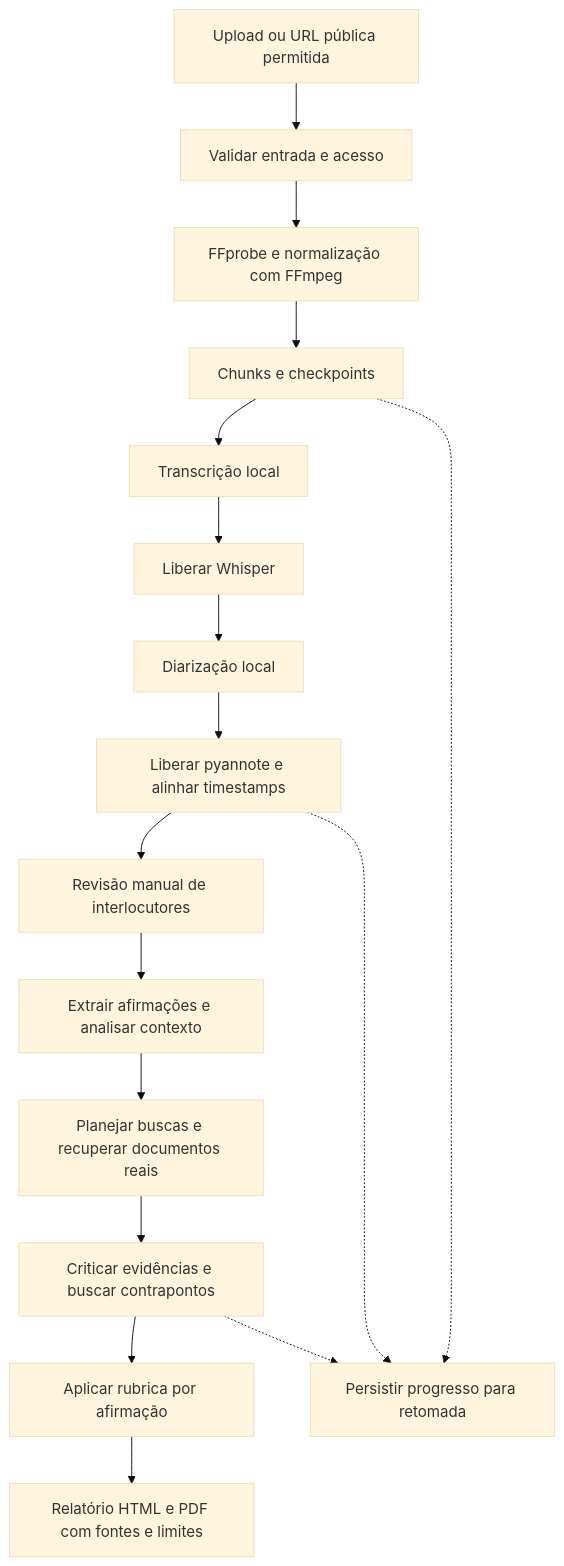
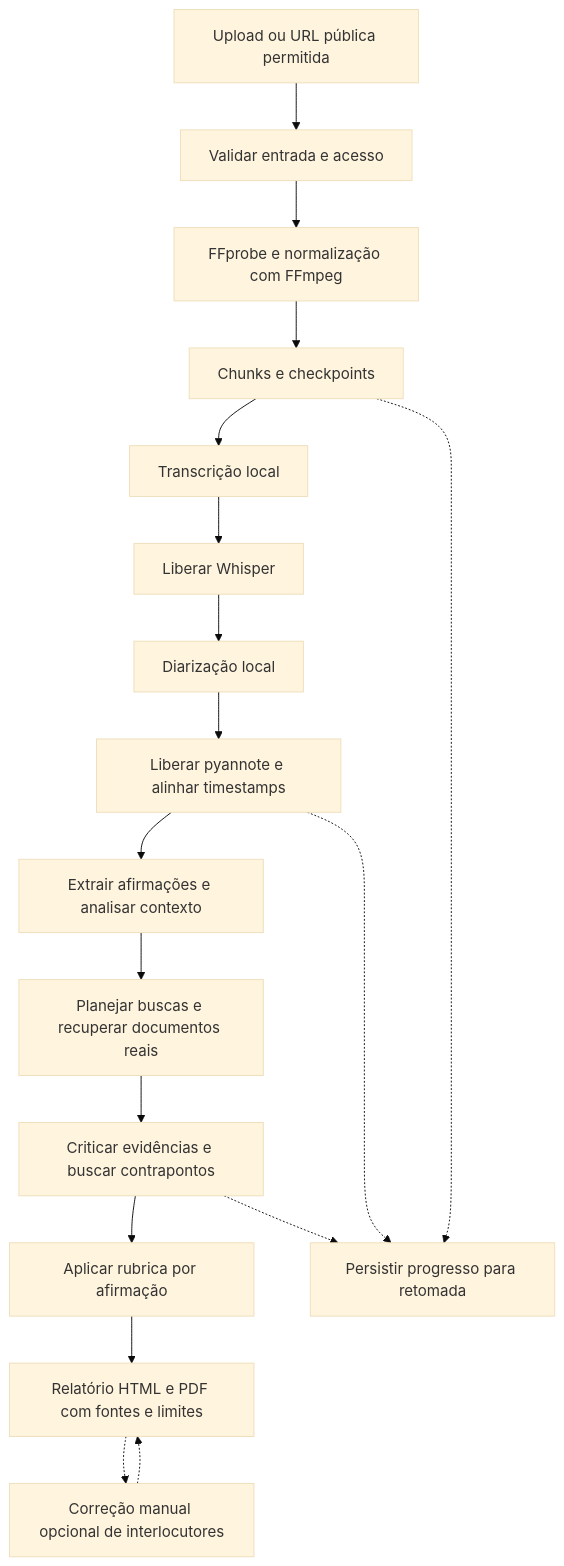
One commit to FabricioHiury/verifact-ai changed the first of 4 diagrams in README.md. Above: the diagram before and after it, drawn with Mermaid (base theme). The commit also changed other lines of this file and 98 other files, not shown here.

````diff
--- a/README.md
+++ b/README.md
@@ -35,19 +44,20 @@
 ```mermaid
 flowchart TD
     A[Upload ou URL pública permitida] --> B[Validar entrada e acesso]
     B --> C[FFprobe e normalização com FFmpeg]
     C --> D[Chunks e checkpoints]
     D --> E[Transcrição local]
     E --> F[Liberar Whisper]
     F --> G[Diarização local]
     G --> H[Liberar pyannote e alinhar timestamps]
-    H --> I[Revisão manual de interlocutores]
-    I --> J[Extrair afirmações e analisar contexto]
+    H --> J[Extrair afirmações e analisar contexto]
     J --> K[Planejar buscas e recuperar documentos reais]
     K --> L[Criticar evidências e buscar contrapontos]
     L --> M[Aplicar rubrica por afirmação]
     M --> N[Relatório HTML e PDF com fontes e limites]
+    N -.-> I[Correção manual opcional de interlocutores]
+    I -.-> N
     D -.-> O[Persistir progresso para retomada]
     H -.-> O
     L -.-> O
 ```
````
